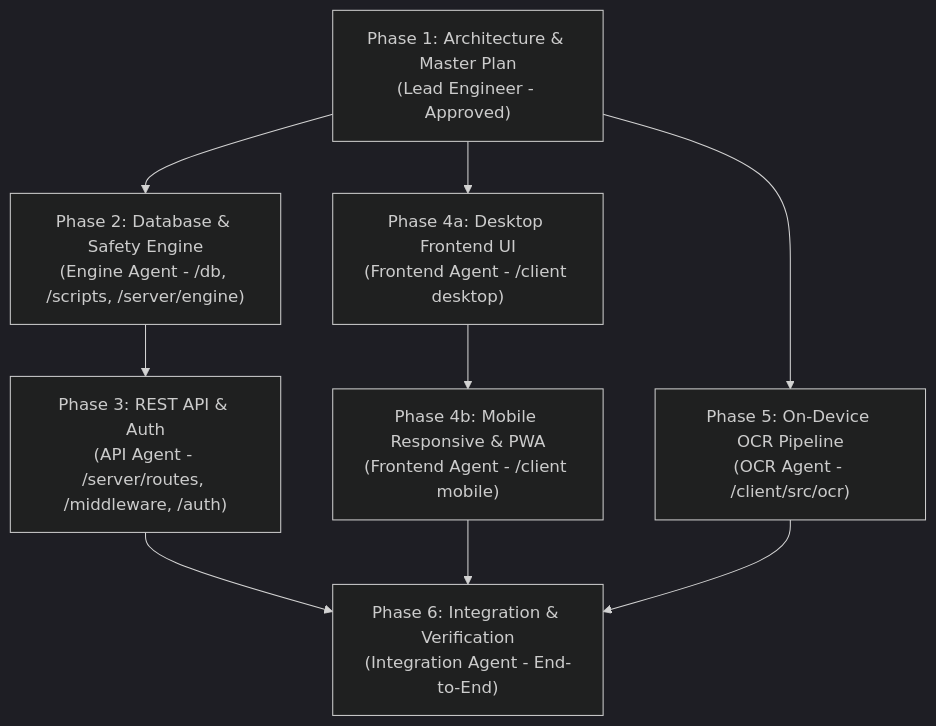
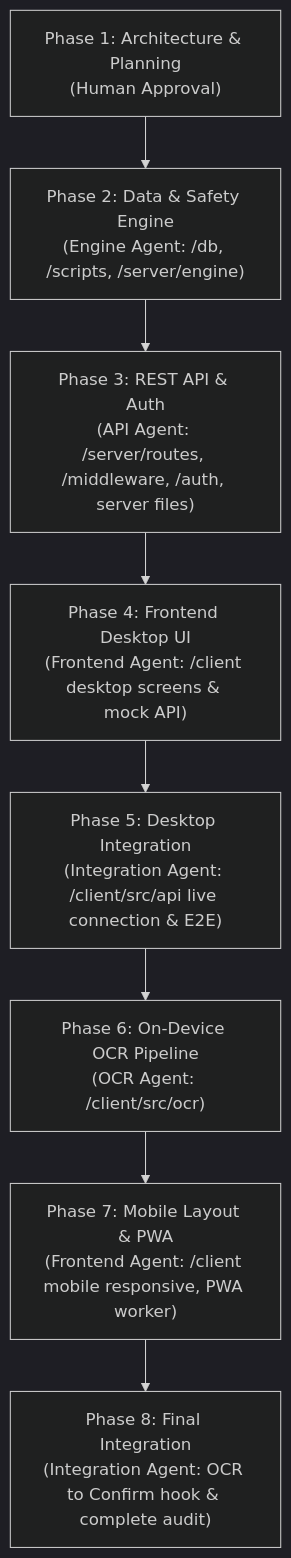
Before and after one commit to Ananya838/MedGuard-Drug-Interaction-Polypharmacy-Safety-Checker: the third of 3 diagrams in docs/PLAN.md, drawn with Mermaid (dark theme). The commit also changed other lines of this file and 8 other files, not shown here.

````diff
--- a/docs/PLAN.md
+++ b/docs/PLAN.md
@@ -849,11 +903,10 @@
 ```mermaid
 graph TD
-    T1["Phase 1: Architecture & Master Plan\n(Lead Engineer - Approved)"] --> T2["Phase 2: Database & Safety Engine\n(Engine Agent - /db, /scripts, /server/engine)"]
-    T2 --> T3["Phase 3: REST API & Auth\n(API Agent - /server/routes, /middleware, /auth)"]
-    T1 --> T4A["Phase 4a: Desktop Frontend UI\n(Frontend Agent - /client desktop)"]
-    T4A --> T4B["Phase 4b: Mobile Responsive & PWA\n(Frontend Agent - /client mobile)"]
-    T1 --> T5["Phase 5: On-Device OCR Pipeline\n(OCR Agent - /client/src/ocr)"]
-    T3 --> T6["Phase 6: Integration & Verification\n(Integration Agent - End-to-End)"]
-    T4B --> T6
-    T5 --> T6
+    P1["Phase 1: Architecture & Planning\n(Human Approval)"] --> P2["Phase 2: Data & Safety Engine\n(Engine Agent: /db, /scripts, /server/engine)"]
+    P2 --> P3["Phase 3: REST API & Auth\n(API Agent: /server/routes, /middleware, /auth, server files)"]
+    P3 --> P4["Phase 4: Frontend Desktop UI\n(Frontend Agent: /client desktop screens & mock API)"]
+    P4 --> P5["Phase 5: Desktop Integration\n(Integration Agent: /client/src/api live connection & E2E)"]
+    P5 --> P6["Phase 6: On-Device OCR Pipeline\n(OCR Agent: /client/src/ocr)"]
+    P6 --> P7["Phase 7: Mobile Layout & PWA\n(Frontend Agent: /client mobile responsive, PWA worker)"]
+    P7 --> P8["Phase 8: Final Integration\n(Integration Agent: OCR to Confirm hook & complete audit)"]
 ```
````
